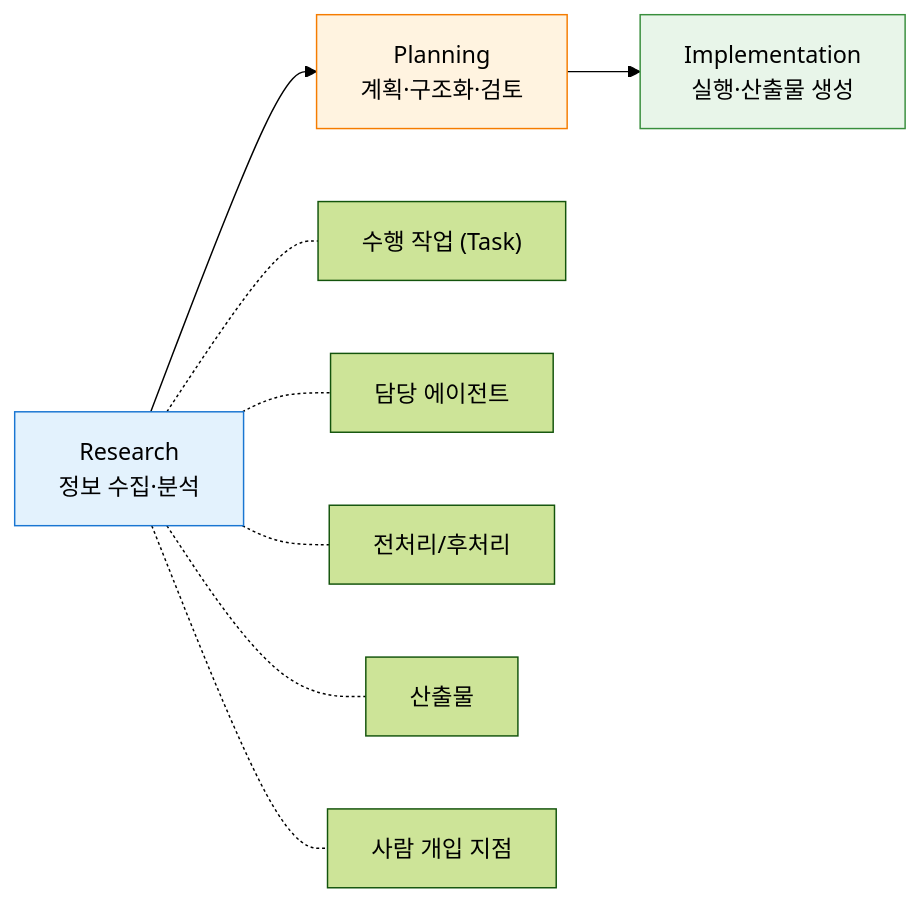
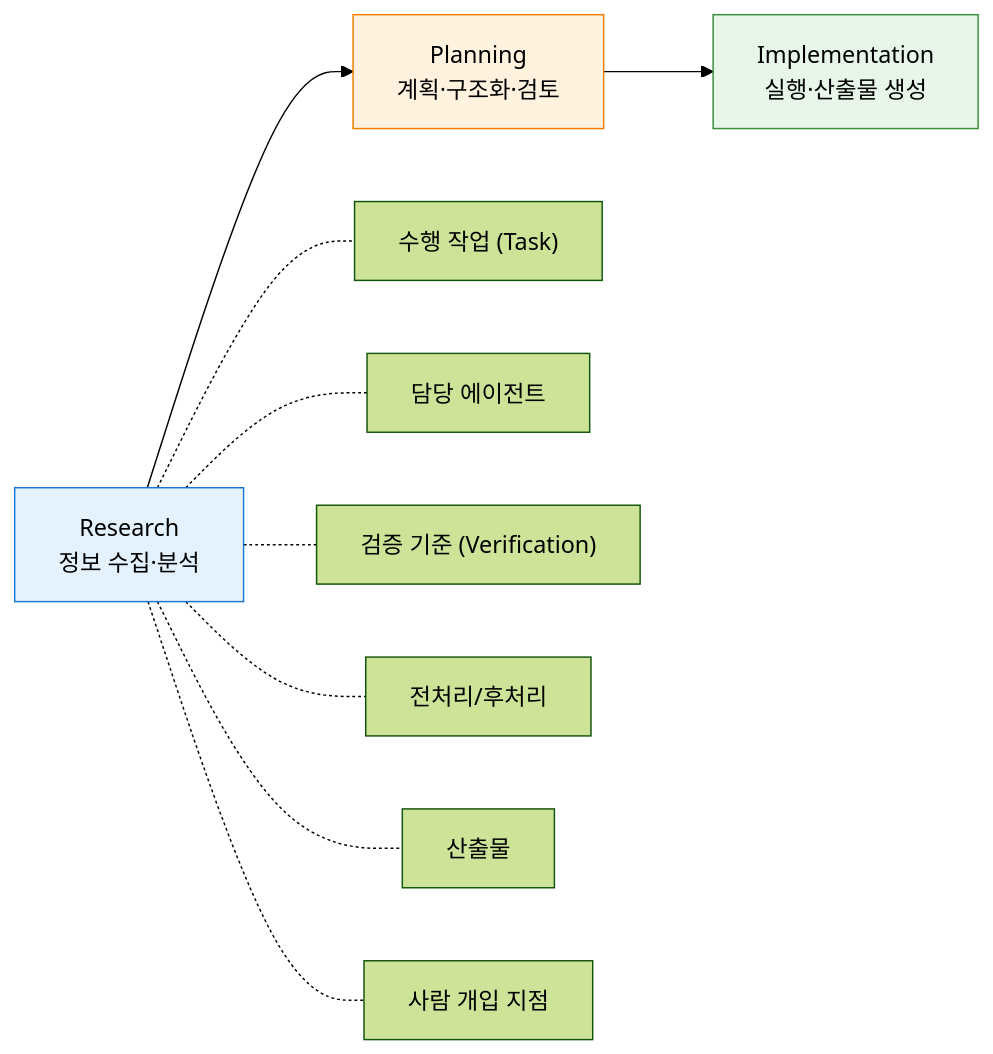
The third of 13 diagrams in AGENTICWORKFLOW-ARCHITECTURE-AND-PHILOSOPHY.md (oogisoogi/AgenticWorkflow), drawn with Mermaid (forest theme) before and after one commit. The commit also changed other lines of this file and 3 other files, not shown here.

````diff
--- a/AGENTICWORKFLOW-ARCHITECTURE-AND-PHILOSOPHY.md
+++ b/AGENTICWORKFLOW-ARCHITECTURE-AND-PHILOSOPHY.md
@@ -269,18 +269,19 @@
 ```mermaid
 graph LR
     R["Research<br/>정보 수집·분석"]
     P["Planning<br/>계획·구조화·검토"]
     I["Implementation<br/>실행·산출물 생성"]
 
     R --> P --> I
 
     R -.- R1["수행 작업 (Task)"]
     R -.- R2["담당 에이전트"]
-    R -.- R3["전처리/후처리"]
-    R -.- R4["산출물"]
-    R -.- R5["사람 개입 지점"]
+    R -.- R3["검증 기준 (Verification)"]
+    R -.- R4["전처리/후처리"]
+    R -.- R5["산출물"]
+    R -.- R6["사람 개입 지점"]
 
     style R fill:#e3f2fd,stroke:#1976d2
     style P fill:#fff3e0,stroke:#f57c00
     style I fill:#e8f5e9,stroke:#388e3c
 ```
````
